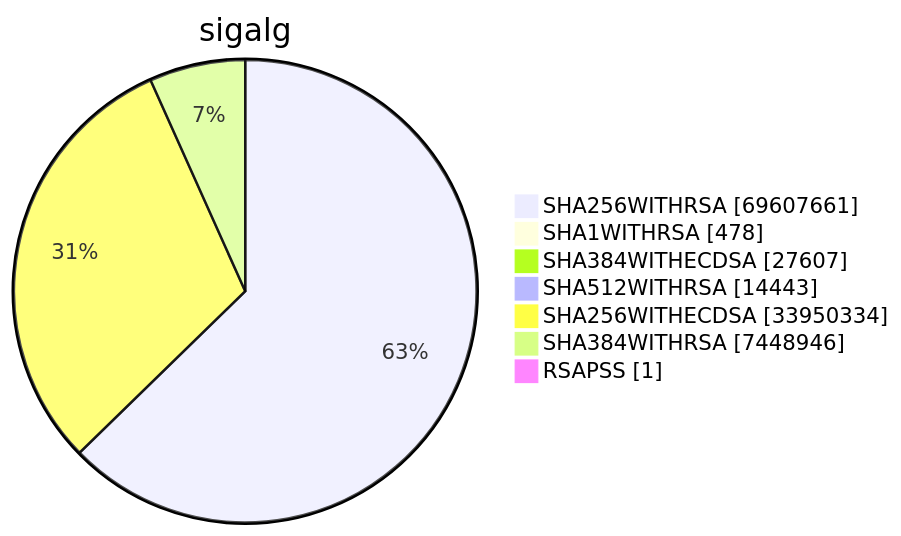
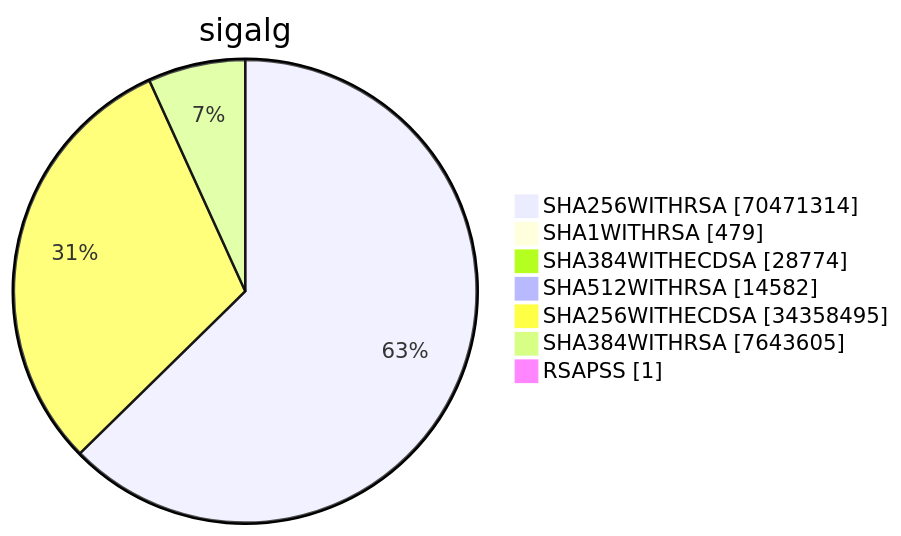
Before and after one commit to christiankrug/ctmonitor_visualization: diagram 15 of 15 in xenon2023/README.md, drawn with Mermaid. The commit also changed other lines of this file, not shown here.

````diff
--- a/xenon2023/README.md
+++ b/xenon2023/README.md
@@ -4500,11 +4506,11 @@
 ```mermaid
 pie showData
 title sigalg
-"SHA256WITHRSA" :69607661
-"SHA1WITHRSA" :478
-"SHA384WITHECDSA" :27607
-"SHA512WITHRSA" :14443
-"SHA256WITHECDSA" :33950334
-"SHA384WITHRSA" :7448946
+"SHA256WITHRSA" :70471314
+"SHA1WITHRSA" :479
+"SHA384WITHECDSA" :28774
+"SHA512WITHRSA" :14582
+"SHA256WITHECDSA" :34358495
+"SHA384WITHRSA" :7643605
 "RSAPSS" :1
 ```
````
